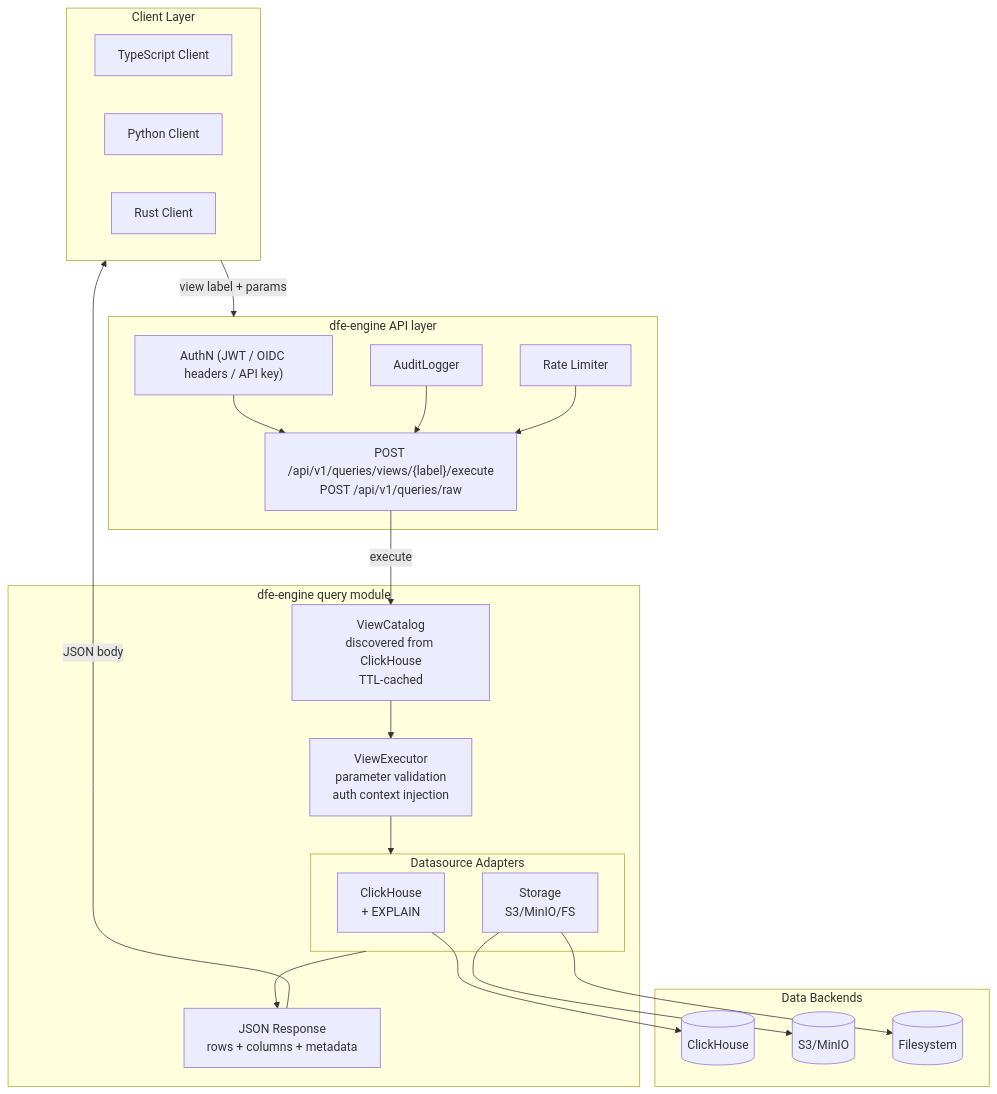
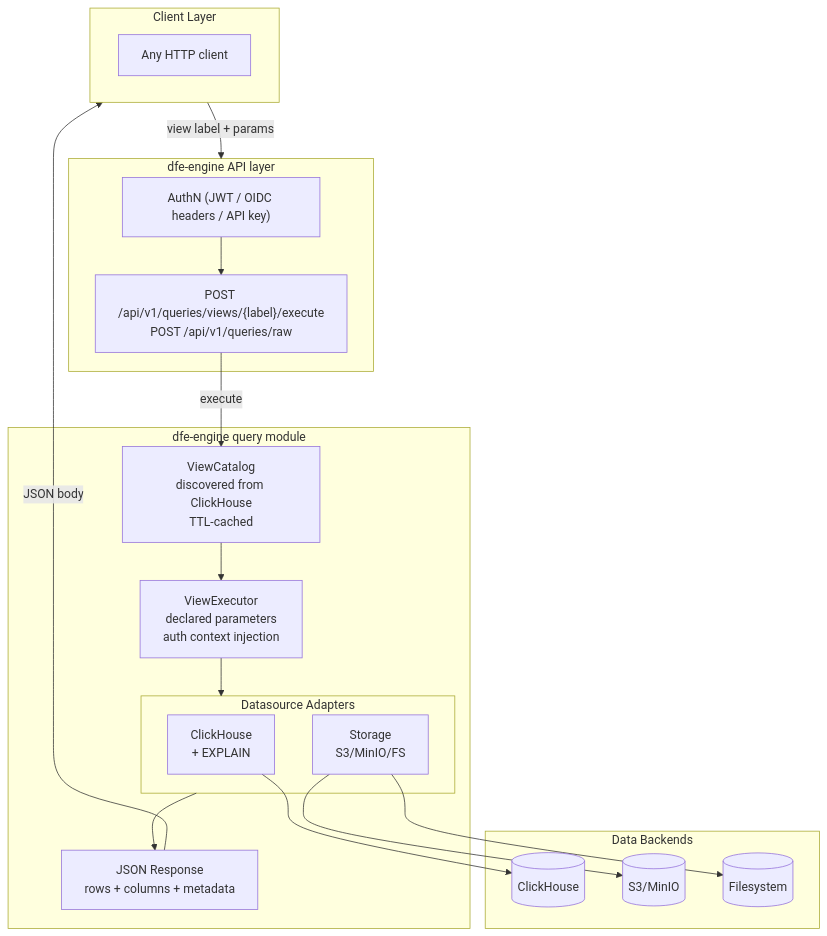
Before and after one commit to hyperi-io/dfe-engine: the second of 4 diagrams in docs/data-plane/query-api.md, drawn with Mermaid. The commit also changed other lines of this file and 27 other files, not shown here.

````diff
--- a/docs/data-plane/query-api.md
+++ b/docs/data-plane/query-api.md
@@ -92,46 +79,40 @@
 ```mermaid
 flowchart TB
     subgraph Clients["Client Layer"]
-        TS["TypeScript Client"]
-        PY["Python Client"]
-        RS["Rust Client"]
+        HTTP["Any HTTP client"]
     end
 
     subgraph ControlPlane["dfe-engine API layer"]
         Auth["AuthN (JWT / OIDC headers / API key)"]
-        Audit["AuditLogger"]
-        Rate["Rate Limiter"]
         API["POST /api/v1/queries/views/{label}/execute<br/>POST /api/v1/queries/raw"]
     end
 
     subgraph QueryEngine["dfe-engine query module"]
         Registry["ViewCatalog<br/>discovered from ClickHouse<br/>TTL-cached"]
-        Validator["ViewExecutor<br/>parameter validation<br/>auth context injection"]
+        Validator["ViewExecutor<br/>declared parameters<br/>auth context injection"]
 
         subgraph Adapters["Datasource Adapters"]
             CH["ClickHouse<br/>+ EXPLAIN"]
             Storage["Storage<br/>S3/MinIO/FS"]
         end
 
         JSONResp["JSON Response<br/>rows + columns + metadata"]
     end
 
     subgraph Backends["Data Backends"]
         CHServer[("ClickHouse")]
         S3[("S3/MinIO")]
         FS[("Filesystem")]
     end
 
     Clients -->|"view label + params"| ControlPlane
     Auth --> API
-    Audit --> API
-    Rate --> API
     API -->|"execute"| Registry
     Registry --> Validator
     Validator --> Adapters
     CH --> CHServer
     Storage --> S3
     Storage --> FS
     Adapters --> JSONResp
     JSONResp -->|"JSON body"| Clients
 ```
````
